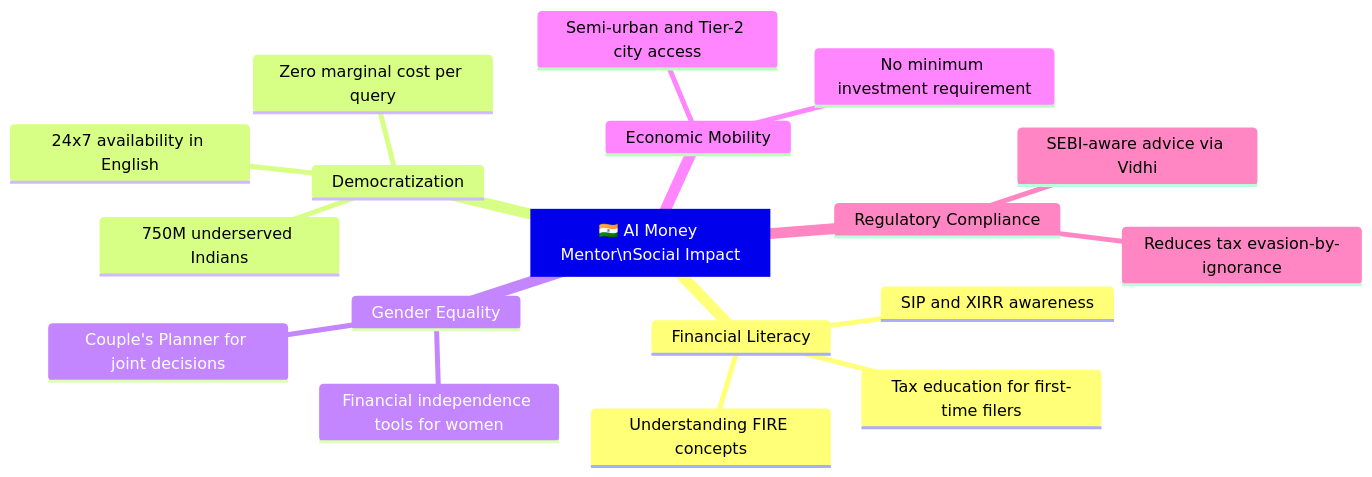
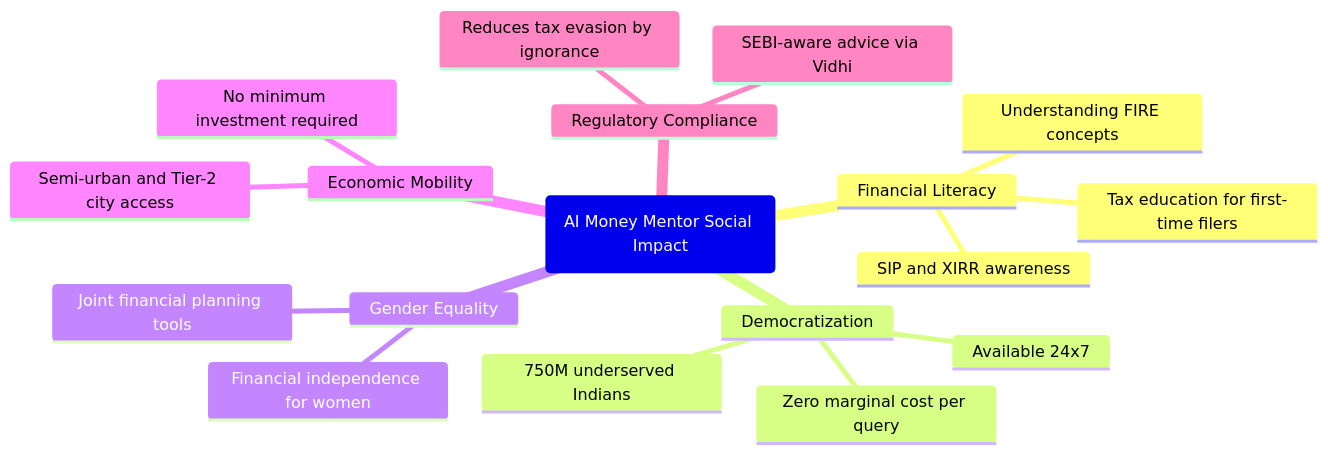
The second of 2 diagrams in IMPACT_MODEL.md (Devguru-codes/AI-Money-Mentor), drawn with Mermaid before and after one commit. The commit also changed other lines of this file and 1 other file, not shown here.

Commit message:
fix: repair all Mermaid diagram syntax in ARCHITECTURE_DOCUMENT and IMPACT_MODEL

````diff
--- a/IMPACT_MODEL.md
+++ b/IMPACT_MODEL.md
@@ -155,21 +155,21 @@
 ```mermaid
 mindmap
-  root["🇮🇳 AI Money Mentor\nSocial Impact"]
+  root(AI Money Mentor Social Impact)
     Financial Literacy
       Tax education for first-time filers
       SIP and XIRR awareness
       Understanding FIRE concepts
     Democratization
       750M underserved Indians
       Zero marginal cost per query
-      24x7 availability in English
+      Available 24x7
     Gender Equality
-      Couple's Planner for joint decisions
-      Financial independence tools for women
+      Joint financial planning tools
+      Financial independence for women
     Economic Mobility
       Semi-urban and Tier-2 city access
-      No minimum investment requirement
+      No minimum investment required
     Regulatory Compliance
       SEBI-aware advice via Vidhi
-      Reduces tax evasion-by-ignorance
+      Reduces tax evasion by ignorance
 ```
````
